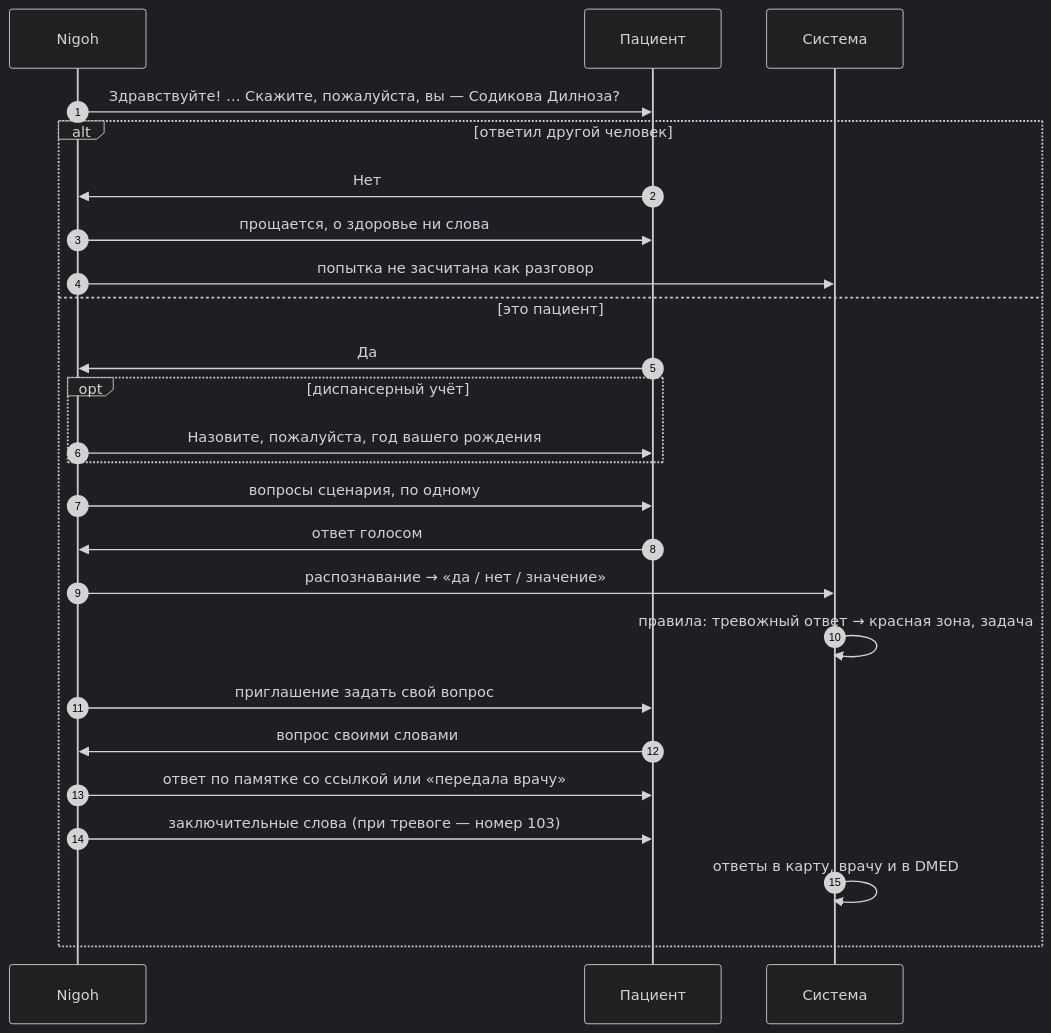
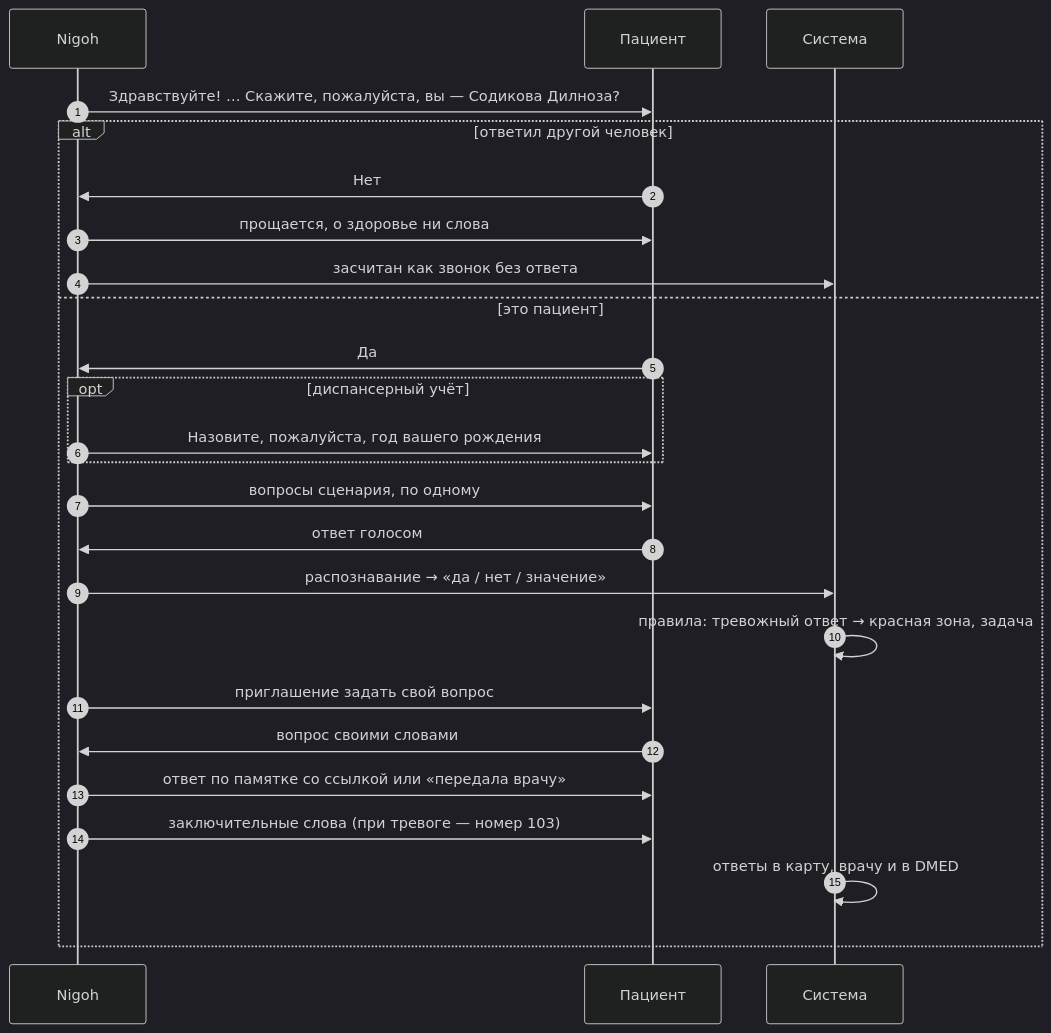
One commit to emilkadelaetsuuur/mehr-ai changed the diagram in docs/calls.md. Above: the diagram before and after it, drawn with Mermaid (dark theme). The commit also changed 10 other files, not shown here.

Commit message:
Скриншоты интерфейса, схемы Mermaid отображаются на GitHub

````diff
--- a/docs/calls.md
+++ b/docs/calls.md
@@ -7,27 +7,27 @@
 ```mermaid
 sequenceDiagram
   autonumber
-  participant ИИ as Nigoh
-  participant П as Пациент
-  participant С as Система
-  ИИ->>П: Здравствуйте! … Скажите, пожалуйста, вы — Содикова Дилноза?
+  participant AI as Nigoh
+  participant P as Пациент
+  participant S as Система
+  AI->>P: Здравствуйте! … Скажите, пожалуйста, вы — Содикова Дилноза?
   alt ответил другой человек
-    П->>ИИ: Нет
-    ИИ->>П: прощается, о здоровье ни слова
-    ИИ->>С: попытка не засчитана как разговор
+    P->>AI: Нет
+    AI->>P: прощается, о здоровье ни слова
+    AI->>S: засчитан как звонок без ответа
   else это пациент
-    П->>ИИ: Да
+    P->>AI: Да
     opt диспансерный учёт
-      ИИ->>П: Назовите, пожалуйста, год вашего рождения
+      AI->>P: Назовите, пожалуйста, год вашего рождения
     end
-    ИИ->>П: вопросы сценария, по одному
-    П->>ИИ: ответ голосом
-    ИИ->>С: распознавание → «да / нет / значение»
-    С->>С: правила: тревожный ответ → красная зона, задача
-    ИИ->>П: приглашение задать свой вопрос
-    П->>ИИ: вопрос своими словами
-    ИИ->>П: ответ по памятке со ссылкой или «передала врачу»
-    ИИ->>П: заключительные слова (при тревоге — номер 103)
-    С->>С: ответы в карту, врачу и в DMED
+    AI->>P: вопросы сценария, по одному
+    P->>AI: ответ голосом
+    AI->>S: распознавание → «да / нет / значение»
+    S->>S: правила: тревожный ответ → красная зона, задача
+    AI->>P: приглашение задать свой вопрос
+    P->>AI: вопрос своими словами
+    AI->>P: ответ по памятке со ссылкой или «передала врачу»
+    AI->>P: заключительные слова (при тревоге — номер 103)
+    S->>S: ответы в карту, врачу и в DMED
   end
 ```
````
